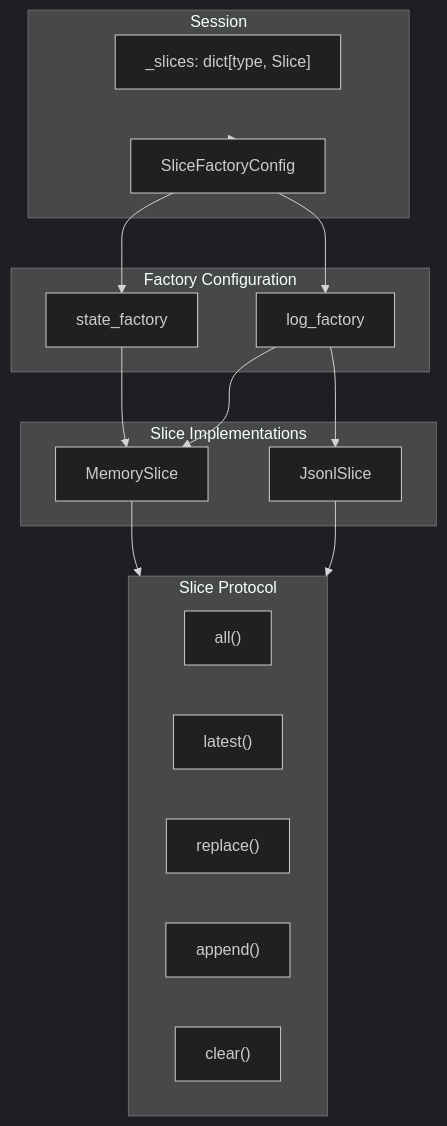
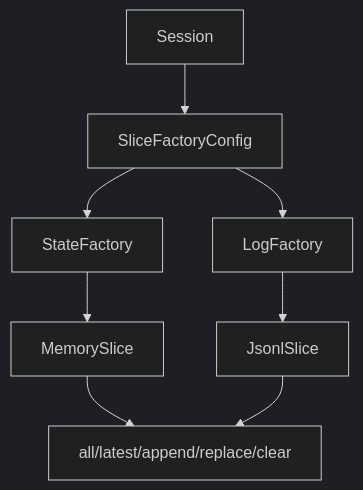
The diagram in specs/SLICES.md (weakincentives/weakincentives), drawn with Mermaid (dark theme) before and after one commit. The commit also changed other lines of this file and 34 other files, not shown here.

````diff
--- a/specs/SLICES.md
+++ b/specs/SLICES.md
@@ -24,34 +15,7 @@
 ```mermaid
 flowchart TB
-    subgraph Session["Session"]
-        State["_slices: dict[type, Slice]"]
-        Factory["SliceFactoryConfig"]
-    end
-
-    subgraph Config["Factory Configuration"]
-        StateFactory["state_factory"]
-        LogFactory["log_factory"]
-    end
-
-    subgraph Backends["Slice Implementations"]
-        Memory["MemorySlice"]
-        Jsonl["JsonlSlice"]
-    end
-
-    subgraph Operations["Slice Protocol"]
-        All["all()"]
-        Latest["latest()"]
-        Replace["replace()"]
-        Append["append()"]
-        Clear["clear()"]
-    end
-
-    Session --> Factory
-    Factory --> StateFactory
-    Factory --> LogFactory
-    StateFactory --> Memory
-    LogFactory --> Jsonl
-    LogFactory --> Memory
-    Memory --> Operations
-    Jsonl --> Operations
+    Session --> Factory["SliceFactoryConfig"]
+    Factory --> StateFactory --> Memory["MemorySlice"]
+    Factory --> LogFactory --> Jsonl["JsonlSlice"]
+    Memory & Jsonl --> Ops["all/latest/append/replace/clear"]
 ```
````
